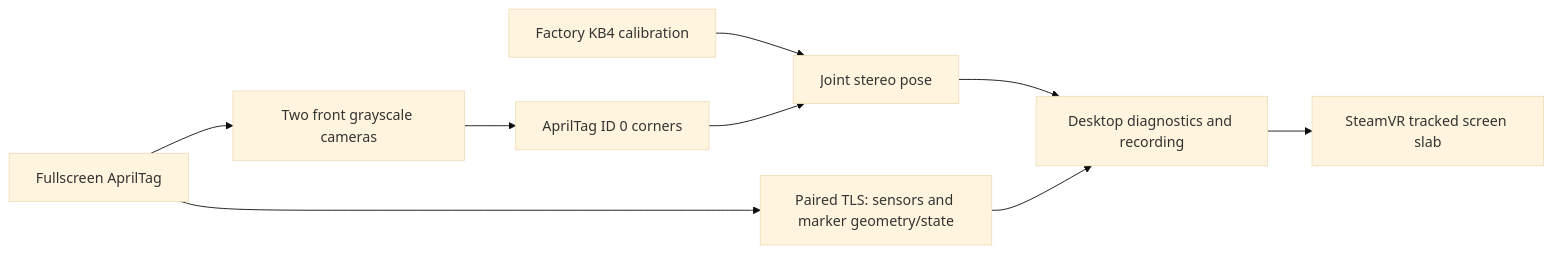
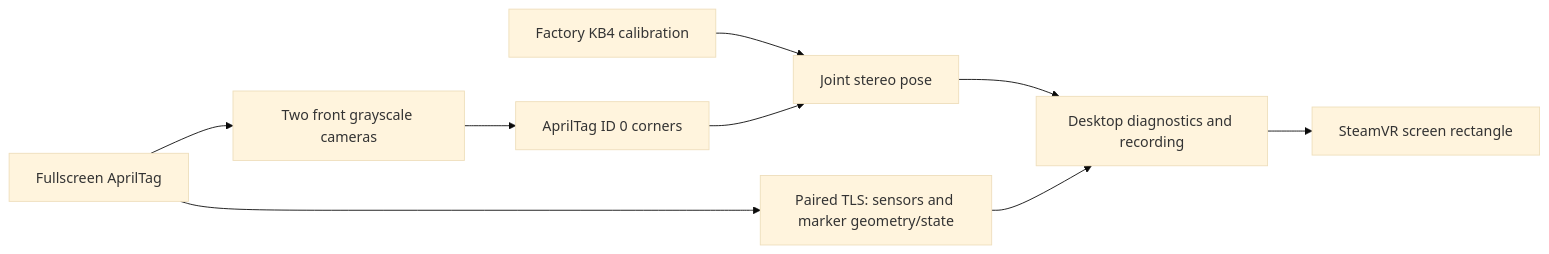
Before and after one commit to MarkEScheidker/FramePhone: the diagram in frame/docs/ARCHITECTURE.md, drawn with Mermaid (base theme). The commit also changed other lines of this file and 12 other files, not shown here.

Commit message:
Render a flat screen-sized VR rectangle from fiducial pose

````diff
--- a/frame/docs/ARCHITECTURE.md
+++ b/frame/docs/ARCHITECTURE.md
@@ -7,11 +7,11 @@
 ```mermaid
 flowchart LR
     Phone[Fullscreen AprilTag] --> Cameras[Two front grayscale cameras]
     Cameras --> Tags[AprilTag ID 0 corners]
     Calibration[Factory KB4 calibration] --> Pose[Joint stereo pose]
     Tags --> Pose
     Pose --> UI[Desktop diagnostics and recording]
-    UI --> VR[SteamVR tracked screen slab]
+    UI --> VR[SteamVR screen rectangle]
     Phone --> TLS[Paired TLS: sensors and marker geometry/state]
     TLS --> UI
 ```
````
